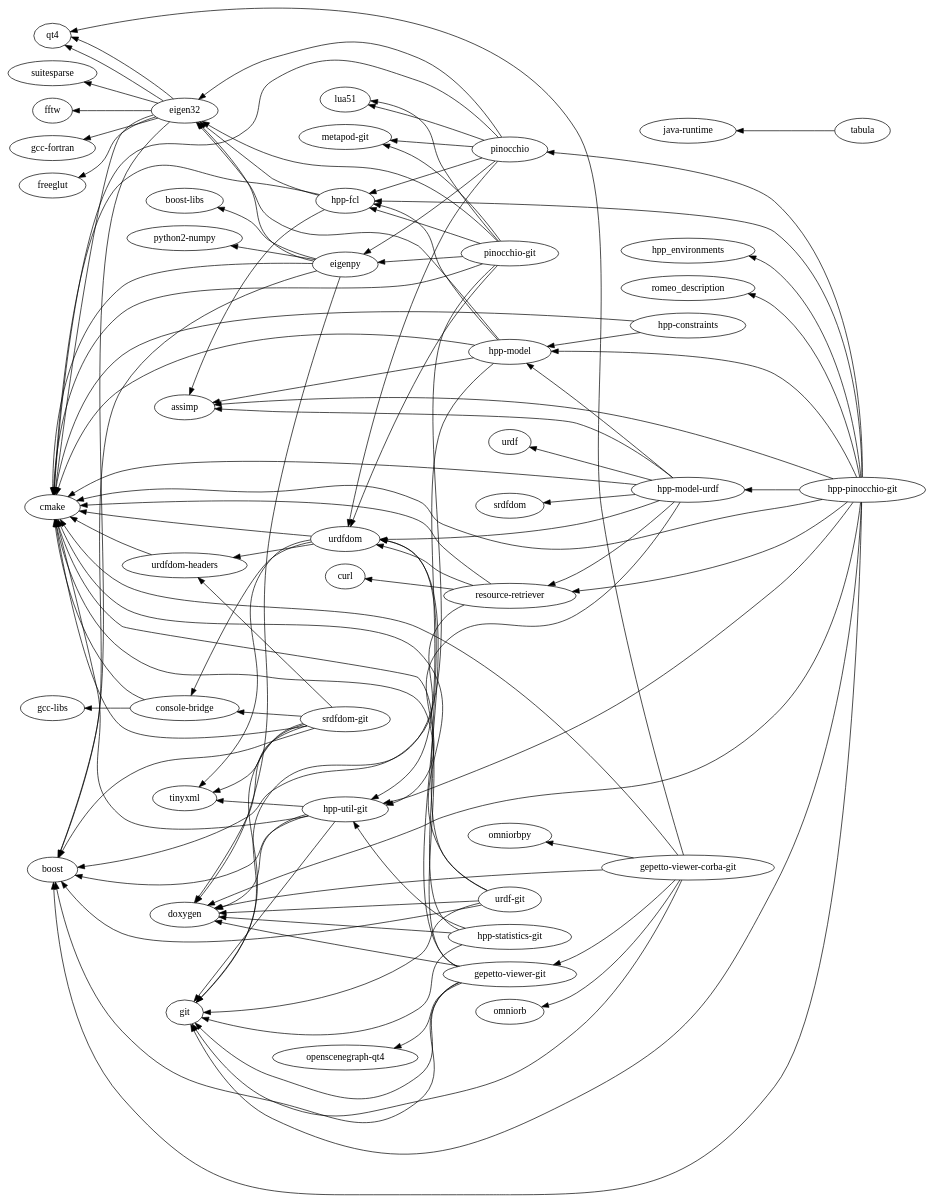
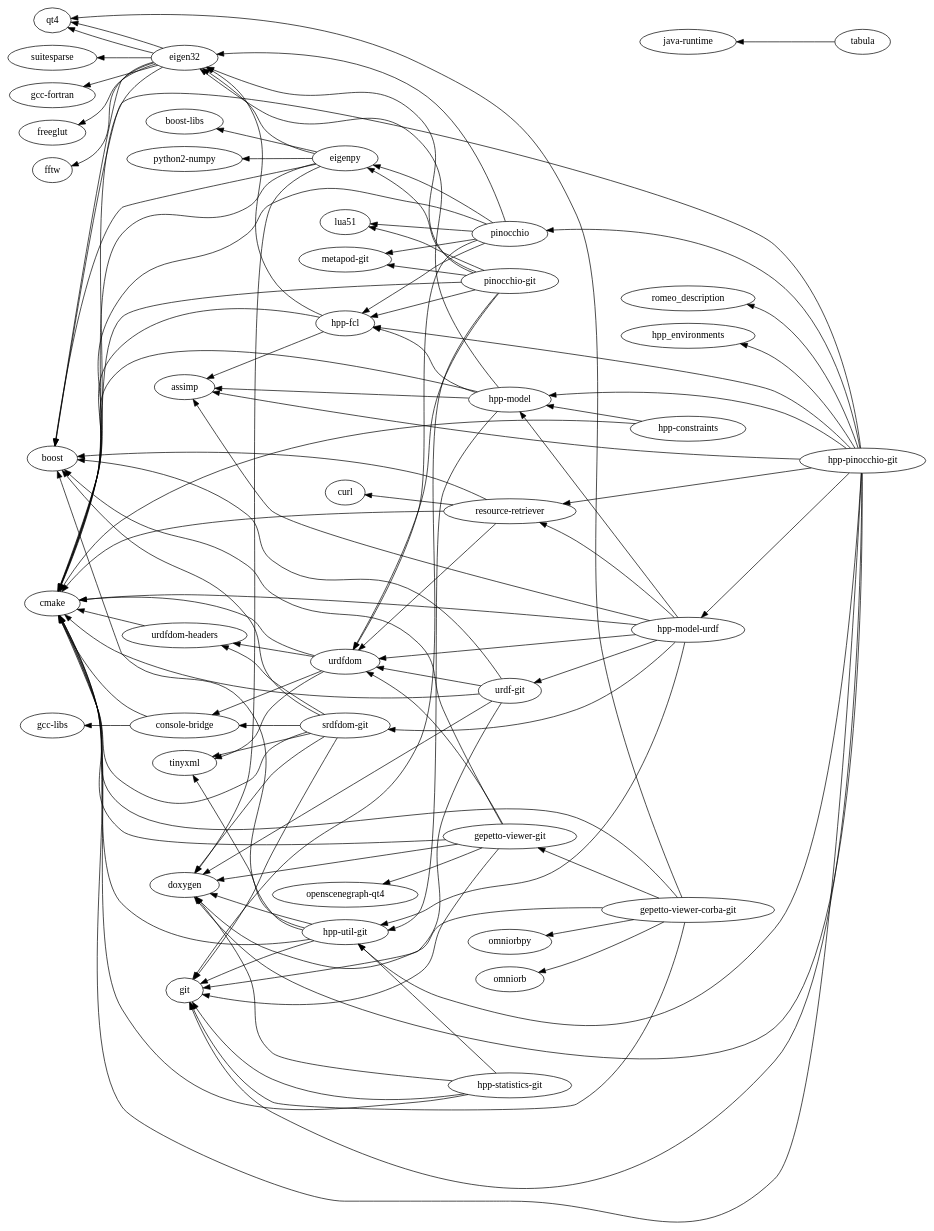
One commit to nim65s/aur changed the diagram in dependencies.gv. Above: the diagram before and after it, drawn with Graphviz. The commit also changed 1 other file, not shown here.

Commit message:
update graph

```diff
--- a/dependencies.gv
+++ b/dependencies.gv
@@ -1,154 +1,152 @@
 digraph dependencies {
 	graph [rankdir=RL]
-		urdfdom
-		"openscenegraph-qt4"
-		"gepetto-viewer-corba-git"
-		suitesparse
-		"hpp-constraints"
-		hpp_environments
-		fftw
-		doxygen
-		eigen32
-		"gcc-libs"
-		"hpp-util-git"
-		pinocchio
-		"urdf-git"
-		urdf
-		"java-runtime"
-		"hpp-statistics-git"
-		srdfdom
-		git
-		"urdfdom-headers"
-		"hpp-pinocchio-git"
-		"boost-libs"
-		"gcc-fortran"
-		"console-bridge"
-		eigenpy
-		"python2-numpy"
-		romeo_description
-		tinyxml
-		omniorbpy
-		"hpp-fcl"
-		qt4
-		omniorb
-		"metapod-git"
-		"pinocchio-git"
-		lua51
-		tabula
-		curl
-		"hpp-model"
-		cmake
-		"hpp-model-urdf"
-		"srdfdom-git"
-		assimp
-		"gepetto-viewer-git"
-		"resource-retriever"
-		freeglut
-		boost
-			"pinocchio-git" -> "metapod-git"
-			"pinocchio-git" -> lua51
-			"pinocchio-git" -> cmake
-			"pinocchio-git" -> git
-			"pinocchio-git" -> eigen32
-			"pinocchio-git" -> eigenpy
-			"pinocchio-git" -> "hpp-fcl"
-			"pinocchio-git" -> urdfdom
-			eigen32 -> qt4
-			eigen32 -> cmake
-			eigen32 -> freeglut
-			eigen32 -> "gcc-fortran"
-			eigen32 -> fftw
-			eigen32 -> qt4
-			eigen32 -> suitesparse
-			eigen32 -> boost
-			"console-bridge" -> cmake
-			"console-bridge" -> "gcc-libs"
-			"hpp-model" -> assimp
-			"hpp-model" -> cmake
-			"hpp-model" -> eigen32
-			"hpp-model" -> "hpp-util-git"
-			"hpp-model" -> "hpp-fcl"
-			pinocchio -> "metapod-git"
-			pinocchio -> lua51
-			pinocchio -> cmake
-			pinocchio -> eigen32
-			pinocchio -> "hpp-fcl"
-			pinocchio -> eigenpy
-			pinocchio -> urdfdom
-			urdfdom -> cmake
-			urdfdom -> tinyxml
-			urdfdom -> "console-bridge"
-			urdfdom -> "urdfdom-headers"
-			"resource-retriever" -> cmake
-			"resource-retriever" -> urdfdom
-			"resource-retriever" -> curl
-			"resource-retriever" -> boost
-			"gepetto-viewer-corba-git" -> doxygen
-			"gepetto-viewer-corba-git" -> cmake
-			"gepetto-viewer-corba-git" -> git
-			"gepetto-viewer-corba-git" -> "gepetto-viewer-git"
-			"gepetto-viewer-corba-git" -> omniorb
-			"gepetto-viewer-corba-git" -> qt4
-			"gepetto-viewer-corba-git" -> omniorbpy
-			"srdfdom-git" -> doxygen
-			"srdfdom-git" -> cmake
-			"srdfdom-git" -> git
-			"srdfdom-git" -> boost
-			"srdfdom-git" -> tinyxml
-			"srdfdom-git" -> "urdfdom-headers"
-			"srdfdom-git" -> "console-bridge"
-			"hpp-constraints" -> cmake
-			"hpp-constraints" -> "hpp-model"
-			"gepetto-viewer-git" -> doxygen
-			"gepetto-viewer-git" -> cmake
-			"gepetto-viewer-git" -> git
-			"gepetto-viewer-git" -> boost
-			"gepetto-viewer-git" -> urdfdom
-			"gepetto-viewer-git" -> "openscenegraph-qt4"
-			tabula -> "java-runtime"
-			"urdfdom-headers" -> cmake
-			"hpp-util-git" -> doxygen
-			"hpp-util-git" -> cmake
-			"hpp-util-git" -> git
-			"hpp-util-git" -> boost
-			"hpp-util-git" -> tinyxml
-			"hpp-fcl" -> cmake
-			"hpp-fcl" -> eigen32
-			"hpp-fcl" -> assimp
-			"hpp-pinocchio-git" -> "hpp-model"
-			"hpp-pinocchio-git" -> "hpp-model-urdf"
-			"hpp-pinocchio-git" -> romeo_description
-			"hpp-pinocchio-git" -> hpp_environments
-			"hpp-pinocchio-git" -> doxygen
-			"hpp-pinocchio-git" -> cmake
-			"hpp-pinocchio-git" -> git
-			"hpp-pinocchio-git" -> boost
-			"hpp-pinocchio-git" -> pinocchio
-			"hpp-pinocchio-git" -> assimp
-			"hpp-pinocchio-git" -> "hpp-util-git"
-			"hpp-pinocchio-git" -> "hpp-fcl"
-			"hpp-pinocchio-git" -> "resource-retriever"
-			"hpp-model-urdf" -> cmake
-			"hpp-model-urdf" -> assimp
-			"hpp-model-urdf" -> "hpp-util-git"
-			"hpp-model-urdf" -> "hpp-model"
-			"hpp-model-urdf" -> urdf
-			"hpp-model-urdf" -> "resource-retriever"
-			"hpp-model-urdf" -> urdfdom
-			"hpp-model-urdf" -> srdfdom
-			"hpp-statistics-git" -> doxygen
-			"hpp-statistics-git" -> cmake
-			"hpp-statistics-git" -> git
-			"hpp-statistics-git" -> "hpp-util-git"
-			eigenpy -> doxygen
-			eigenpy -> cmake
-			eigenpy -> eigen32
-			eigenpy -> boost
-			eigenpy -> "python2-numpy"
-			eigenpy -> "boost-libs"
-			"urdf-git" -> doxygen
-			"urdf-git" -> cmake
-			"urdf-git" -> git
-			"urdf-git" -> boost
-			"urdf-git" -> urdfdom
+	"console-bridge"
+	"urdfdom-headers"
+	assimp
+	git
+	omniorb
+	"hpp-pinocchio-git"
+	pinocchio
+	boost
+	"openscenegraph-qt4"
+	lua51
+	suitesparse
+	"gcc-libs"
+	tabula
+	"python2-numpy"
+	"gcc-fortran"
+	freeglut
+	urdfdom
+	eigenpy
+	"hpp-fcl"
+	romeo_description
+	"srdfdom-git"
+	"urdf-git"
+	"hpp-model"
+	"java-runtime"
+	"gepetto-viewer-git"
+	fftw
+	tinyxml
+	"metapod-git"
+	qt4
+	"hpp-constraints"
+	eigen32
+	"hpp-statistics-git"
+	"pinocchio-git"
+	"boost-libs"
+	hpp_environments
+	omniorbpy
+	doxygen
+	"gepetto-viewer-corba-git"
+	curl
+	cmake
+	"hpp-model-urdf"
+	"resource-retriever"
+	"hpp-util-git"
+	urdfdom -> cmake
+	urdfdom -> tinyxml
+	urdfdom -> "console-bridge"
+	urdfdom -> "urdfdom-headers"
+	pinocchio -> "metapod-git"
+	pinocchio -> lua51
+	pinocchio -> cmake
+	pinocchio -> eigen32
+	pinocchio -> "hpp-fcl"
+	pinocchio -> eigenpy
+	pinocchio -> urdfdom
+	"hpp-fcl" -> cmake
+	"hpp-fcl" -> eigen32
+	"hpp-fcl" -> assimp
+	"hpp-model-urdf" -> cmake
+	"hpp-model-urdf" -> assimp
+	"hpp-model-urdf" -> "hpp-util-git"
+	"hpp-model-urdf" -> "hpp-model"
+	"hpp-model-urdf" -> "urdf-git"
+	"hpp-model-urdf" -> "resource-retriever"
+	"hpp-model-urdf" -> urdfdom
+	"hpp-model-urdf" -> "srdfdom-git"
+	"hpp-pinocchio-git" -> "hpp-model"
+	"hpp-pinocchio-git" -> "hpp-model-urdf"
+	"hpp-pinocchio-git" -> romeo_description
+	"hpp-pinocchio-git" -> hpp_environments
+	"hpp-pinocchio-git" -> doxygen
+	"hpp-pinocchio-git" -> cmake
+	"hpp-pinocchio-git" -> git
+	"hpp-pinocchio-git" -> boost
+	"hpp-pinocchio-git" -> pinocchio
+	"hpp-pinocchio-git" -> assimp
+	"hpp-pinocchio-git" -> "hpp-util-git"
+	"hpp-pinocchio-git" -> "hpp-fcl"
+	"hpp-pinocchio-git" -> "resource-retriever"
+	"gepetto-viewer-git" -> doxygen
+	"gepetto-viewer-git" -> cmake
+	"gepetto-viewer-git" -> git
+	"gepetto-viewer-git" -> boost
+	"gepetto-viewer-git" -> urdfdom
+	"gepetto-viewer-git" -> "openscenegraph-qt4"
+	"urdfdom-headers" -> cmake
+	"hpp-util-git" -> doxygen
+	"hpp-util-git" -> cmake
+	"hpp-util-git" -> git
+	"hpp-util-git" -> boost
+	"hpp-util-git" -> tinyxml
+	"srdfdom-git" -> doxygen
+	"srdfdom-git" -> cmake
+	"srdfdom-git" -> git
+	"srdfdom-git" -> boost
+	"srdfdom-git" -> tinyxml
+	"srdfdom-git" -> "urdfdom-headers"
+	"srdfdom-git" -> "console-bridge"
+	"hpp-constraints" -> cmake
+	"hpp-constraints" -> "hpp-model"
+	eigenpy -> doxygen
+	eigenpy -> cmake
+	eigenpy -> eigen32
+	eigenpy -> boost
+	eigenpy -> "python2-numpy"
+	eigenpy -> "boost-libs"
+	eigen32 -> qt4
+	eigen32 -> cmake
+	eigen32 -> freeglut
+	eigen32 -> "gcc-fortran"
+	eigen32 -> fftw
+	eigen32 -> qt4
+	eigen32 -> suitesparse
+	eigen32 -> boost
+	"hpp-statistics-git" -> doxygen
+	"hpp-statistics-git" -> cmake
+	"hpp-statistics-git" -> git
+	"hpp-statistics-git" -> "hpp-util-git"
+	"urdf-git" -> doxygen
+	"urdf-git" -> cmake
+	"urdf-git" -> git
+	"urdf-git" -> boost
+	"urdf-git" -> urdfdom
+	"pinocchio-git" -> "metapod-git"
+	"pinocchio-git" -> lua51
+	"pinocchio-git" -> cmake
+	"pinocchio-git" -> git
+	"pinocchio-git" -> eigen32
+	"pinocchio-git" -> eigenpy
+	"pinocchio-git" -> "hpp-fcl"
+	"pinocchio-git" -> urdfdom
+	tabula -> "java-runtime"
+	"resource-retriever" -> cmake
+	"resource-retriever" -> urdfdom
+	"resource-retriever" -> curl
+	"resource-retriever" -> boost
+	"gepetto-viewer-corba-git" -> doxygen
+	"gepetto-viewer-corba-git" -> cmake
+	"gepetto-viewer-corba-git" -> git
+	"gepetto-viewer-corba-git" -> "gepetto-viewer-git"
+	"gepetto-viewer-corba-git" -> omniorb
+	"gepetto-viewer-corba-git" -> qt4
+	"gepetto-viewer-corba-git" -> omniorbpy
+	"hpp-model" -> assimp
+	"hpp-model" -> cmake
+	"hpp-model" -> eigen32
+	"hpp-model" -> "hpp-util-git"
+	"hpp-model" -> "hpp-fcl"
+	"console-bridge" -> cmake
+	"console-bridge" -> "gcc-libs"
 }
```
